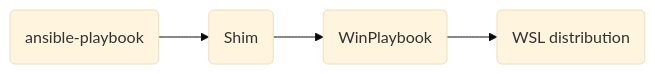
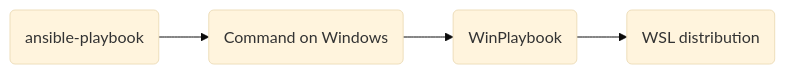
Before and after one commit to LeonardoSextare/WinPlaybook: the first of 2 diagrams in docs/en/how-it-works.md, drawn with Mermaid (base theme). The commit also changed other lines of this file and 81 other files, not shown here.

````diff
--- a/docs/en/how-it-works.md
+++ b/docs/en/how-it-works.md
@@ -8,4 +8,4 @@
 ```mermaid
 flowchart LR
-    command("ansible-playbook") --> shim("Shim") --> module("WinPlaybook") --> distro("WSL distribution")
+    command("ansible-playbook") --> shim("Command on Windows") --> module("WinPlaybook") --> distro("WSL distribution")
 ```
````
